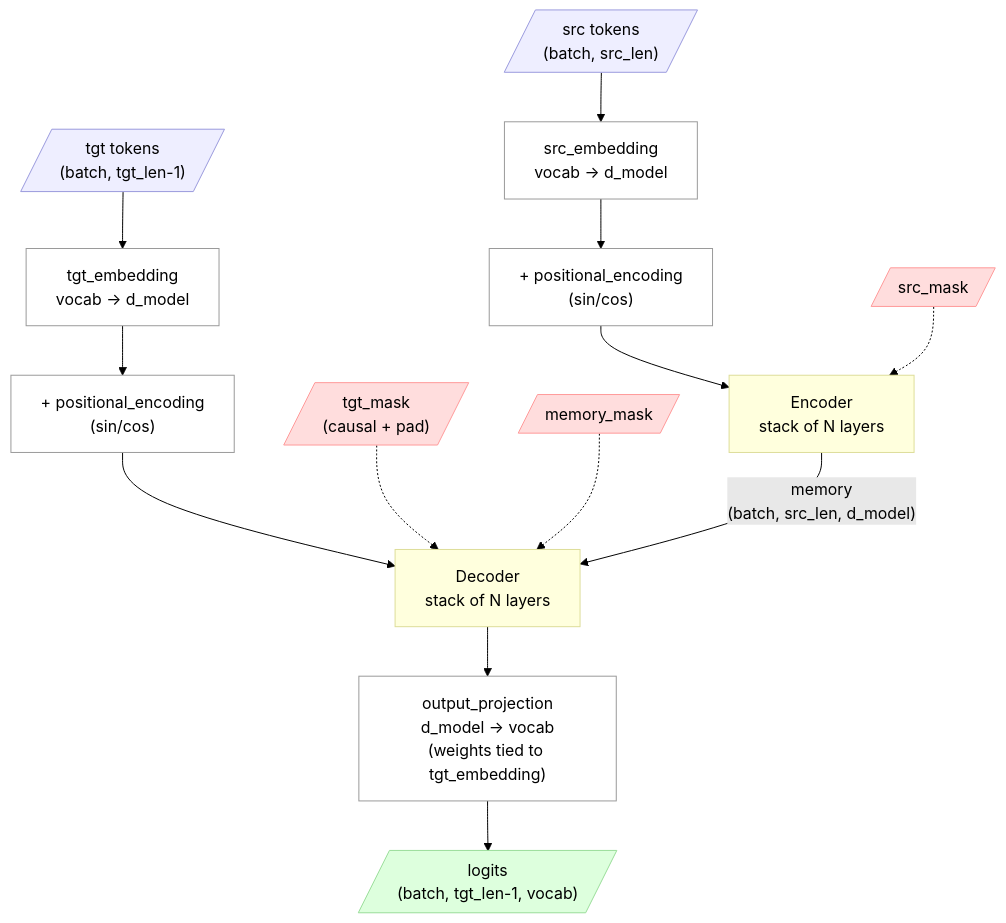
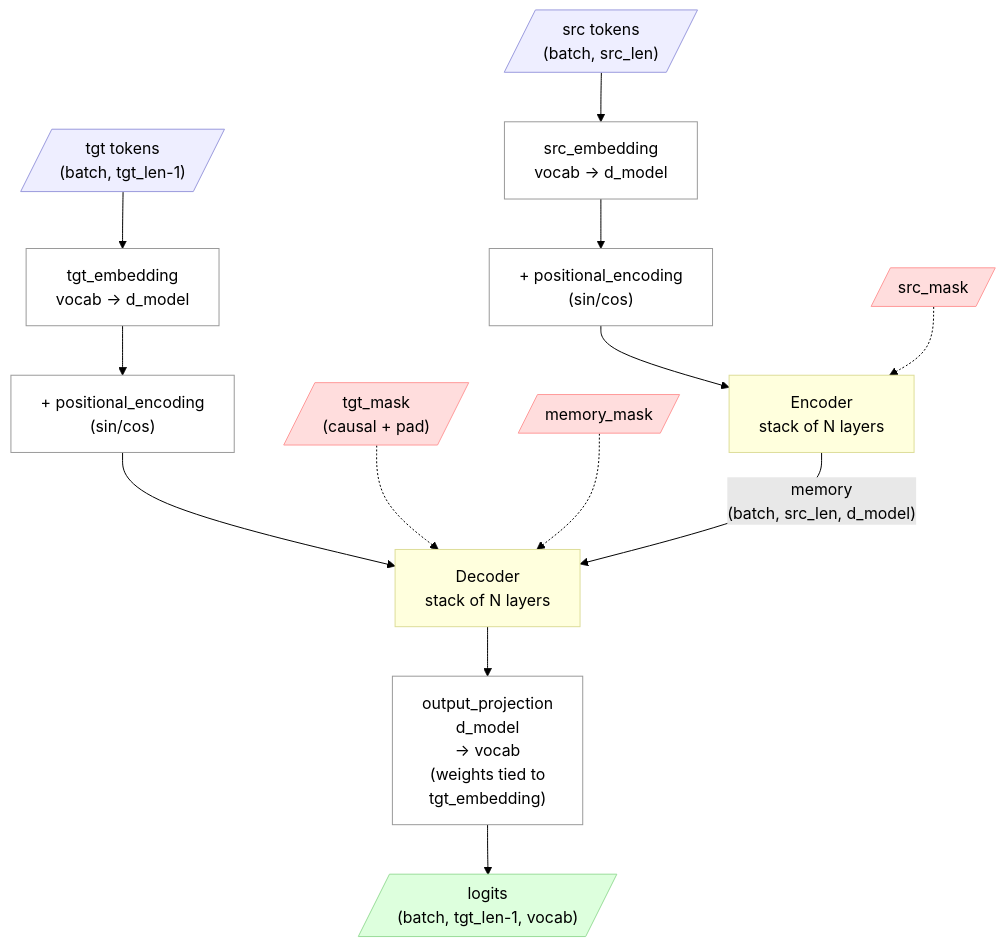
The diagram in transformer/docs/architecture/transformer.md (SamyamoyRakshit/papers-from-scratch), drawn with Mermaid (forest theme) before and after one commit.

Commit message:
fix: Improve output projection flowchart syntax for clarity

````diff
--- a/transformer/docs/architecture/transformer.md
+++ b/transformer/docs/architecture/transformer.md
@@ -28,38 +28,38 @@
 ```mermaid
 flowchart TD
     SRC[/"src tokens<br/>(batch, src_len)"/]
     TGT[/"tgt tokens<br/>(batch, tgt_len-1)"/]
     SM[/"src_mask"/]
     TM[/"tgt_mask<br/>(causal + pad)"/]
     MM[/"memory_mask"/]
 
     SRC --> SE["src_embedding<br/>vocab → d_model"]
     SE --> PE1["+ positional_encoding<br/>(sin/cos)"]
     PE1 --> ENC["Encoder<br/>stack of N layers"]
     SM -.-> ENC
 
     TGT --> TE["tgt_embedding<br/>vocab → d_model"]
     TE --> PE2["+ positional_encoding<br/>(sin/cos)"]
     PE2 --> DEC["Decoder<br/>stack of N layers"]
     TM -.-> DEC
     MM -.-> DEC
 
     ENC -->|"memory<br/>(batch, src_len, d_model)"| DEC
 
-    DEC --> OP["output_projection<br/>d_model → vocab<br/>(weights tied to tgt_embedding)"]
+    DEC --> OP["output_projection<br/>d_model<br/>→ vocab<br/>(weights tied to<br/>tgt_embedding)"]
     OP --> OUT[/"logits<br/>(batch, tgt_len-1, vocab)"/]
 
     style SRC fill:#eef,stroke:#99d,color:#000
     style TGT fill:#eef,stroke:#99d,color:#000
     style OUT fill:#dfd,stroke:#9d9,color:#000
     style SM fill:#fdd,stroke:#f99,color:#000
     style TM fill:#fdd,stroke:#f99,color:#000
     style MM fill:#fdd,stroke:#f99,color:#000
     style ENC fill:#ffd,stroke:#dd9,color:#000
     style DEC fill:#ffd,stroke:#dd9,color:#000
     style SE fill:#fff,stroke:#999,color:#000
     style TE fill:#fff,stroke:#999,color:#000
     style PE1 fill:#fff,stroke:#999,color:#000
     style PE2 fill:#fff,stroke:#999,color:#000
     style OP fill:#fff,stroke:#999,color:#000
 ```
````
